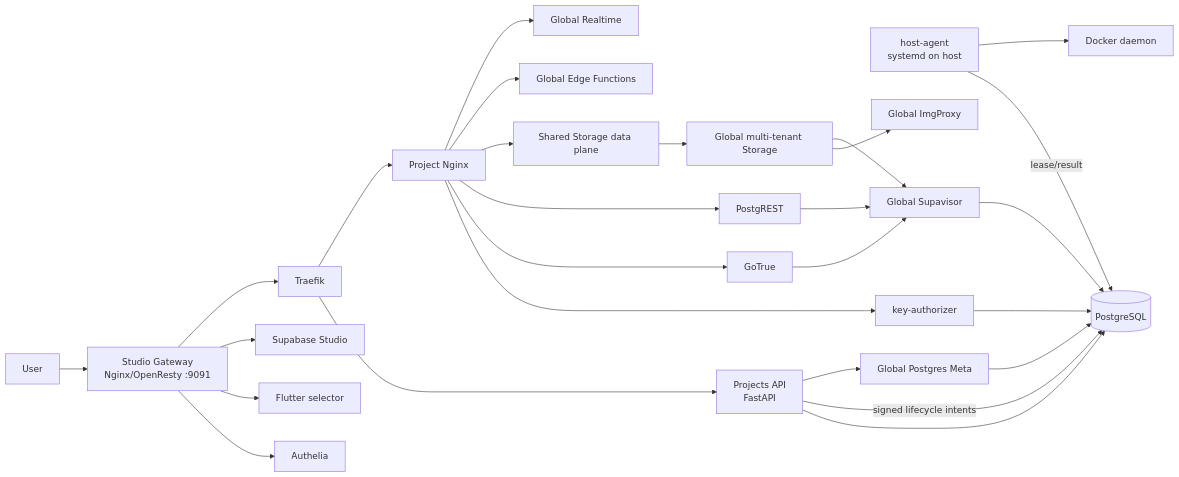
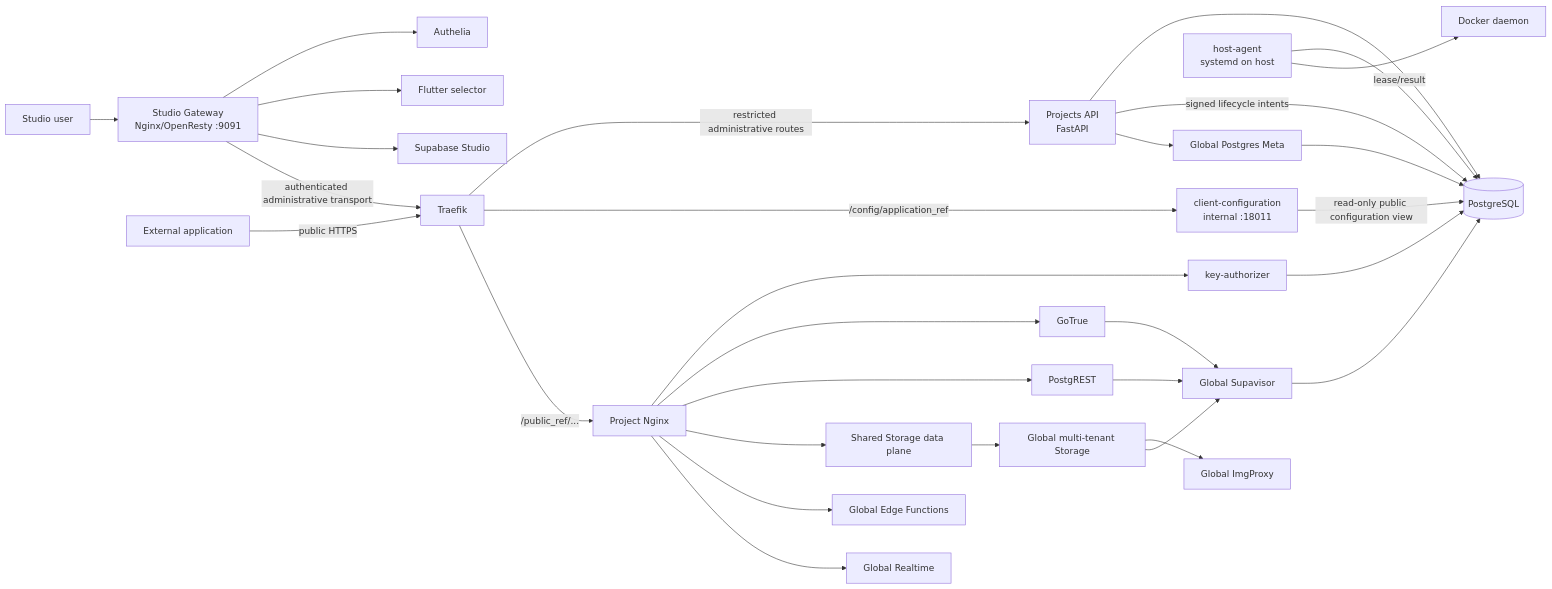
One commit to GustavoMartins123/supabase-multitenant changed the diagram in README.md. Above: the diagram before and after it, drawn with Mermaid. The commit also changed other lines of this file and 9 other files, not shown here.

First line of the commit message:
docs: update architecture and API key documentation with client configuration details

````diff
--- a/README.md
+++ b/README.md
@@ -41,34 +41,37 @@
 ```mermaid
 flowchart LR
-    User[User] --> StudioGateway[Studio Gateway\nNginx/OpenResty :9091]
+    StudioUser[Studio user] --> StudioGateway[Studio Gateway\nNginx/OpenResty :9091]
     StudioGateway --> Authelia[Authelia]
     StudioGateway --> Flutter[Flutter selector]
     StudioGateway --> Studio[Supabase Studio]
 
-    StudioGateway --> Traefik[Traefik]
-    Traefik --> ProjectsAPI[Projects API\nFastAPI]
-    Traefik --> TenantGateway[Project Nginx]
+    StudioGateway -->|authenticated administrative transport| Traefik[Traefik]
+    ExternalApp[External application] -->|public HTTPS| Traefik
+    Traefik -->|restricted administrative routes| ProjectsAPI[Projects API\nFastAPI]
+    Traefik -->|/config/application_ref| ClientConfiguration[client-configuration\ninternal :18011]
+    ClientConfiguration -->|read-only public configuration view| PostgreSQL
+    Traefik -->|/public_ref/...| TenantGateway[Project Nginx]
 
     ProjectsAPI --> PostgreSQL[(PostgreSQL)]
     ProjectsAPI -->|signed lifecycle intents| PostgreSQL
     HostAgent[host-agent\nsystemd on host] -->|lease/result| PostgreSQL
     HostAgent --> Docker[Docker daemon]
 
     TenantGateway --> KeyAuthorizer[key-authorizer]
     KeyAuthorizer --> PostgreSQL
     TenantGateway --> Auth[GoTrue]
     TenantGateway --> Rest[PostgREST]
     TenantGateway --> StorageDataPlane[Shared Storage data plane]
     StorageDataPlane --> Storage[Global multi-tenant Storage]
     Storage --> ImgProxy[Global ImgProxy]
     TenantGateway --> Functions[Global Edge Functions]
     TenantGateway --> Realtime[Global Realtime]
 
     Auth --> Supavisor[Global Supavisor]
     Rest --> Supavisor
     Storage --> Supavisor
     Supavisor --> PostgreSQL
 
     ProjectsAPI --> PostgresMeta[Global Postgres Meta]
     PostgresMeta --> PostgreSQL
 ```
````
